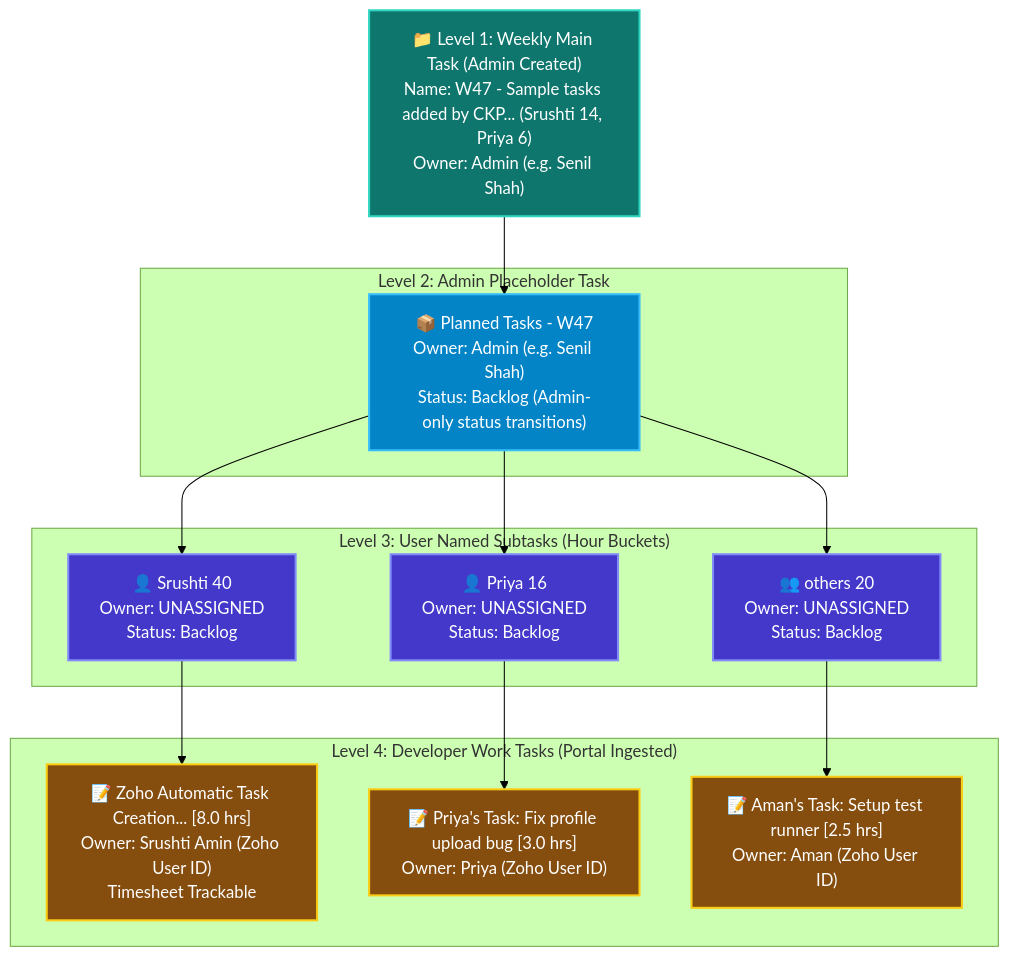
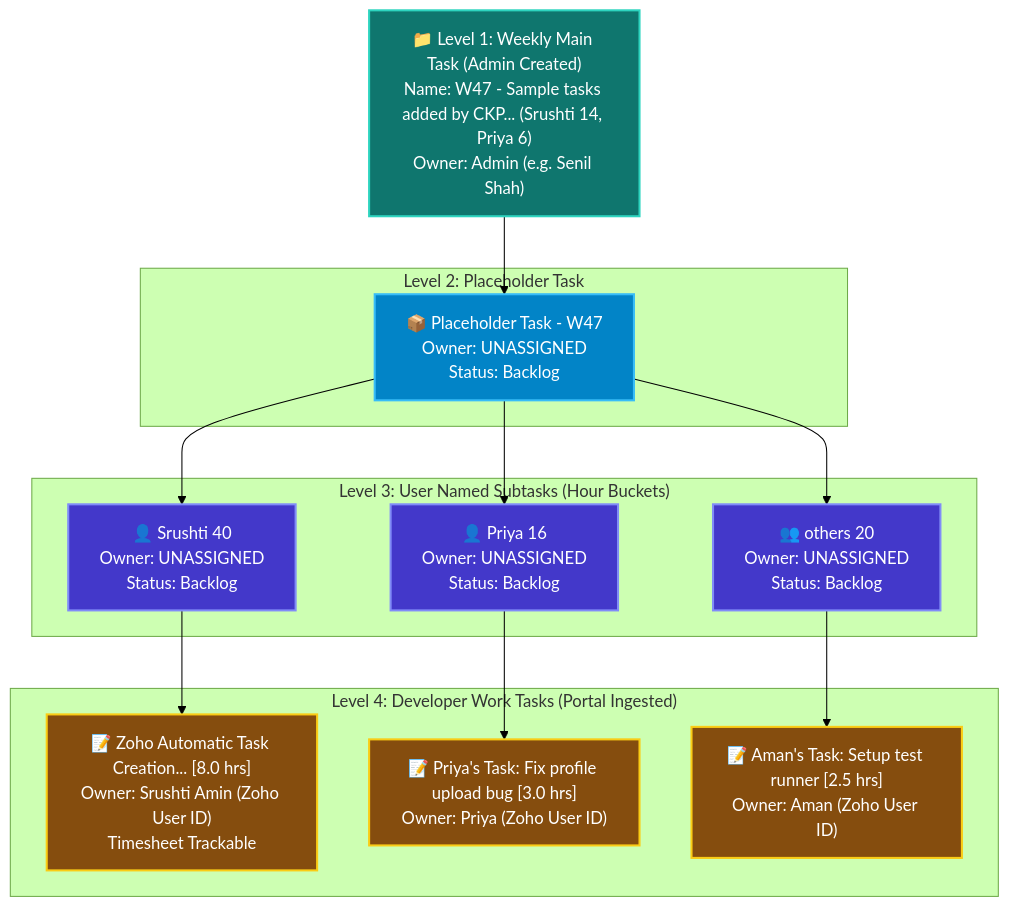
One commit to Creolestudios/creole-knowledge-portal changed the second of 3 diagrams in wiki/Zoho_Next_Day_Task_Planning_And_Hierarchy_Workflow.md. Above: the diagram before and after it, drawn with Mermaid (forest theme). The commit also changed other lines of this file and 4 other files, not shown here.

Commit message:
feat(zoho): remove quick hours chips and target folder label, rename Level 2 container to Placeholder Task unassigned

````diff
--- a/wiki/Zoho_Next_Day_Task_Planning_And_Hierarchy_Workflow.md
+++ b/wiki/Zoho_Next_Day_Task_Planning_And_Hierarchy_Workflow.md
@@ -67,39 +67,39 @@
 ```mermaid
 graph TD
     Main["📁 Level 1: Weekly Main Task (Admin Created)<br/>Name: W47 - Sample tasks added by CKP... (Srushti 14, Priya 6)<br/>Owner: Admin (e.g. Senil Shah)"]
 
-    subgraph "Level 2: Admin Placeholder Task"
-        Placeholder["📦 Planned Tasks - W47<br/>Owner: Admin (e.g. Senil Shah)<br/>Status: Backlog (Admin-only status transitions)"]
+    subgraph "Level 2: Placeholder Task"
+        Placeholder["📦 Placeholder Task - W47<br/>Owner: UNASSIGNED<br/>Status: Backlog"]
     end
 
     subgraph "Level 3: User Named Subtasks (Hour Buckets)"
         Sub_Srushti["👤 Srushti 40<br/>Owner: UNASSIGNED<br/>Status: Backlog"]
         Sub_Priya["👤 Priya 16<br/>Owner: UNASSIGNED<br/>Status: Backlog"]
         Sub_Others["👥 others 20<br/>Owner: UNASSIGNED<br/>Status: Backlog"]
     end
 
     subgraph "Level 4: Developer Work Tasks (Portal Ingested)"
         Task_Srushti["📝 Zoho Automatic Task Creation... [8.0 hrs]<br/>Owner: Srushti Amin (Zoho User ID)<br/>Timesheet Trackable"]
         Task_Priya["📝 Priya's Task: Fix profile upload bug [3.0 hrs]<br/>Owner: Priya (Zoho User ID)"]
         Task_Others["📝 Aman's Task: Setup test runner [2.5 hrs]<br/>Owner: Aman (Zoho User ID)"]
     end
 
     Main --> Placeholder
     Placeholder --> Sub_Srushti
     Placeholder --> Sub_Priya
     Placeholder --> Sub_Others
 
     Sub_Srushti --> Task_Srushti
     Sub_Priya --> Task_Priya
     Sub_Others --> Task_Others
 
     classDef main fill:#0f766e,stroke:#2dd4bf,stroke-width:2px,color:#fff;
     classDef placeholder fill:#0284c7,stroke:#38bdf8,stroke-width:2px,color:#fff;
     classDef sub fill:#4338ca,stroke:#818cf8,stroke-width:2px,color:#fff;
     classDef task fill:#854d0e,stroke:#facc15,stroke-width:2px,color:#fff;
 
     class Main main;
     class Placeholder placeholder;
     class Sub_Srushti,Sub_Priya,Sub_Others sub;
     class Task_Srushti,Task_Priya,Task_Others task;
 ```
````
